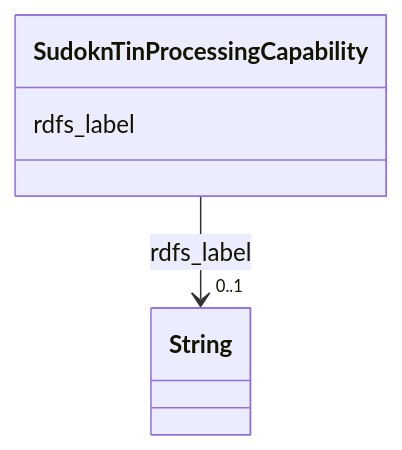
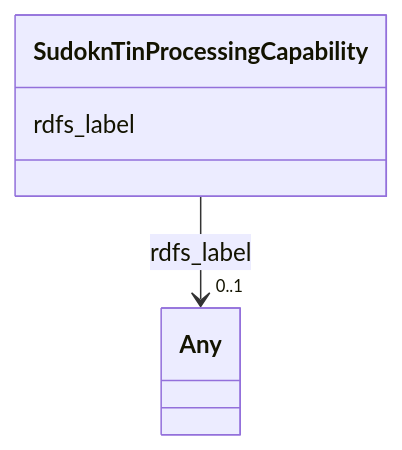
The diagram in sudokn-kg/classes/SudoknTinProcessingCapability.md (frink-okn/graph-descriptions), drawn with Mermaid before and after one commit. The commit also changed other lines of this file and 903 other files, not shown here.

````diff
--- a/sudokn-kg/classes/SudoknTinProcessingCapability.md
+++ b/sudokn-kg/classes/SudoknTinProcessingCapability.md
@@ -23,15 +18,15 @@
 ```mermaid
  classDiagram
     class SudoknTinProcessingCapability
     click SudoknTinProcessingCapability href "../SudoknTinProcessingCapability"
       SudoknTinProcessingCapability : rdfs_label
         
           
     
     
-    SudoknTinProcessingCapability --> "0..1" String : rdfs_label
-    click String href "../String"
+    SudoknTinProcessingCapability --> "0..1" Any : rdfs_label
+    click Any href "../Any"
 
         
       
 ```
````
